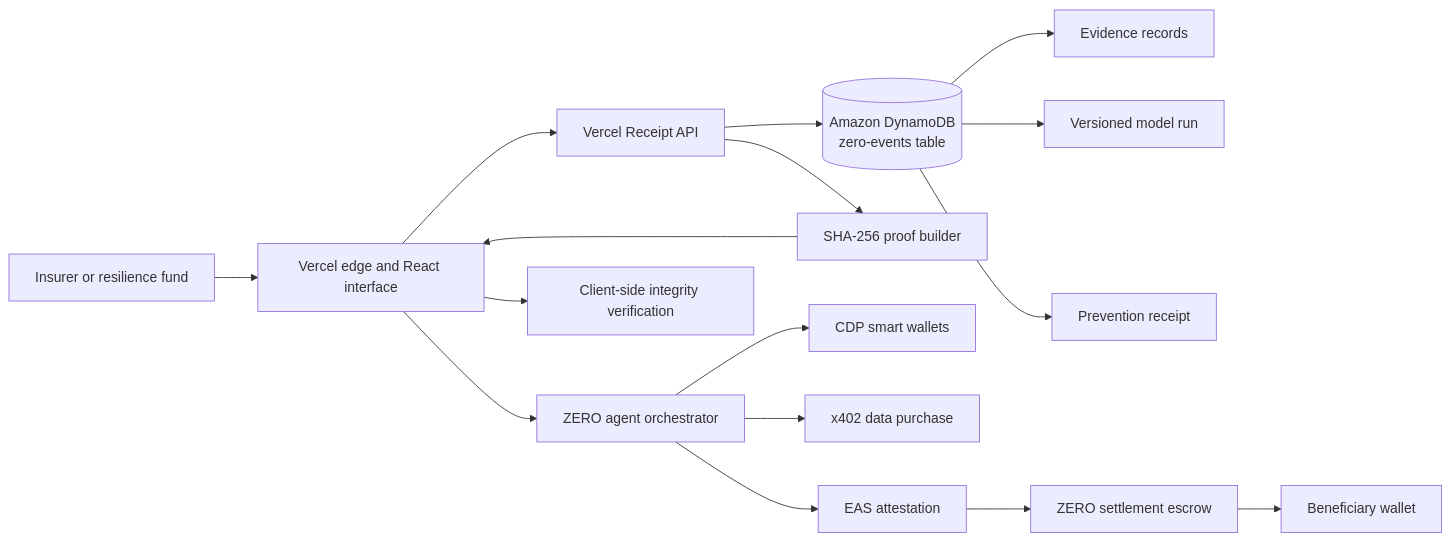
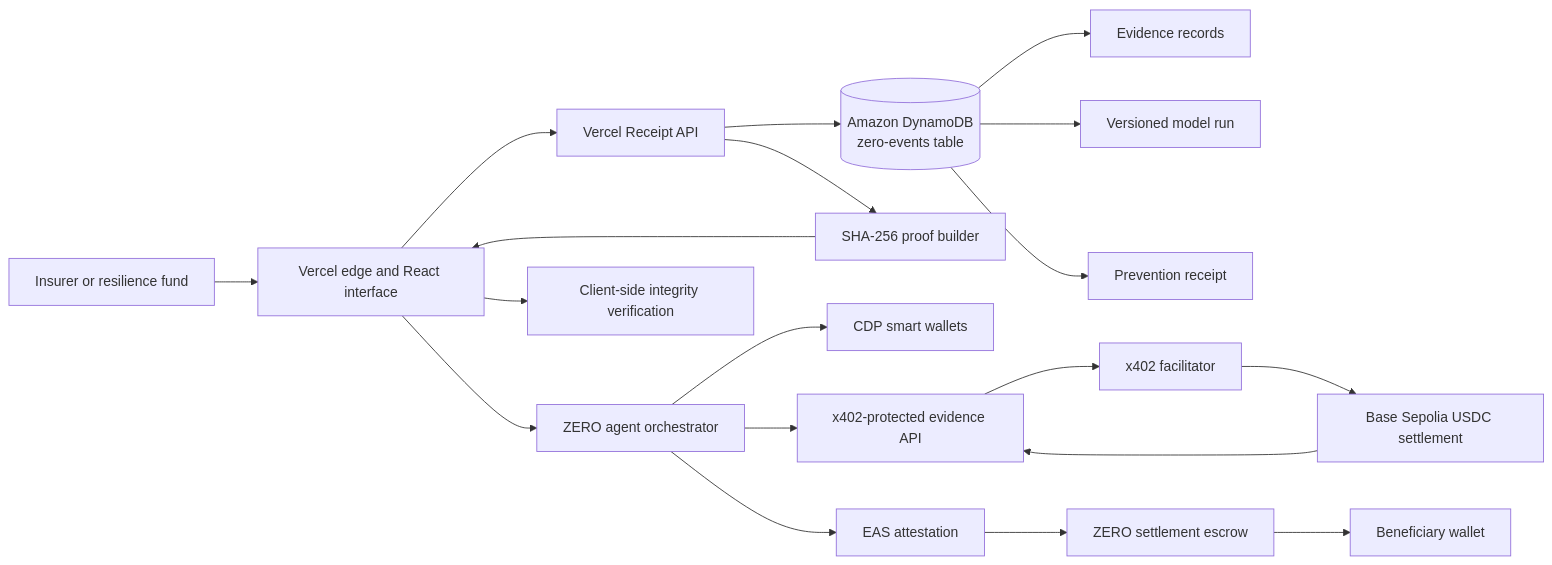
Before and after one commit to jhontejada95/ZERO: the diagram in ARCHITECTURE.md, drawn with Mermaid. The commit also changed other lines of this file and 10 other files, not shown here.

Commit message:
add live x402 evidence purchase

````diff
--- a/ARCHITECTURE.md
+++ b/ARCHITECTURE.md
@@ -3,18 +3,21 @@
 ```mermaid
 flowchart LR
   U[Insurer or resilience fund] --> V[Vercel edge and React interface]
   V --> A[Vercel Receipt API]
   V --> O[ZERO agent orchestrator]
   A --> D[(Amazon DynamoDB\nzero-events table)]
   A --> P[SHA-256 proof builder]
   D --> E[Evidence records]
   D --> M[Versioned model run]
   D --> R[Prevention receipt]
   P --> V
   V --> C[Client-side integrity verification]
   O --> W[CDP smart wallets]
-  O --> X[x402 data purchase]
+  O --> X[x402-protected evidence API]
+  X --> F[x402 facilitator]
+  F --> Q[Base Sepolia USDC settlement]
+  Q --> X
   O --> T[EAS attestation]
   T --> S[ZERO settlement escrow]
   S --> B[Beneficiary wallet]
 ```
````
